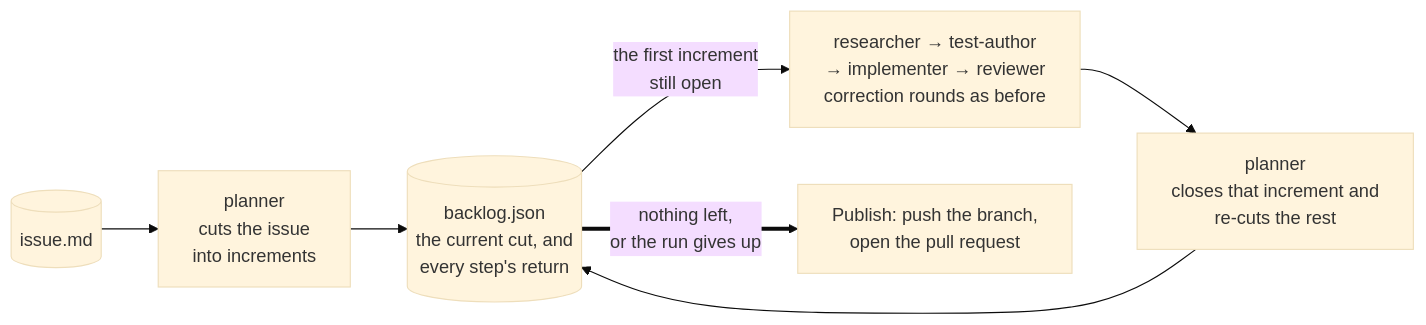
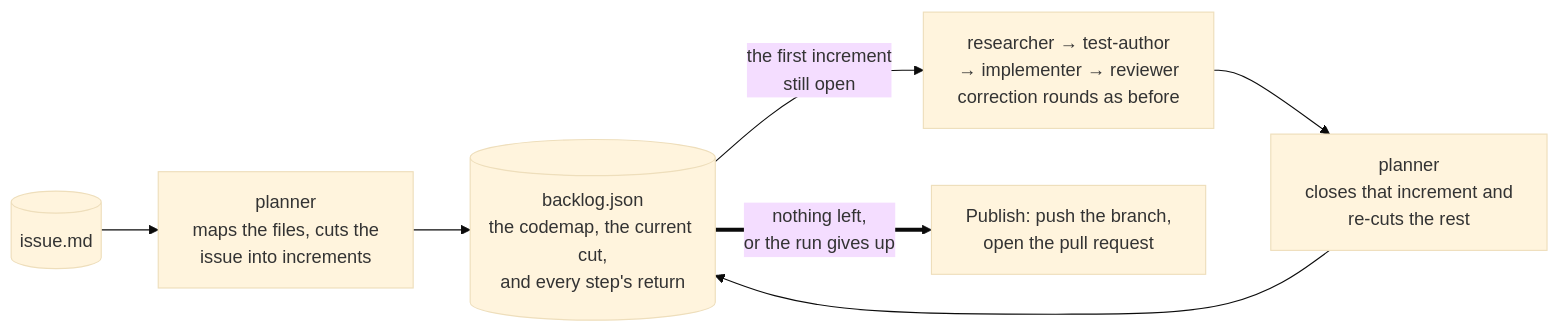
Before and after one commit to artkoenig/athena: the second of 4 diagrams in README.md, drawn with Mermaid (base theme). The commit also changed other lines of this file and 10 other files, not shown here.

First line of the commit message:
One workflow: the planner maps what the issue changes, and cuts (#67)

````diff
--- a/README.md
+++ b/README.md
@@ -113,9 +119,9 @@
 ```mermaid
 flowchart LR
-    ISSUE[("issue.md")] --> PLAN["planner<br/>cuts the issue<br/>into increments"]
-    PLAN --> BACK[("backlog.json<br/>the current cut, and<br/>every step's return")]
+    ISSUE[("issue.md")] --> PLAN["planner<br/>maps the files, cuts the<br/>issue into increments"]
+    PLAN --> BACK[("backlog.json<br/>the codemap, the current cut,<br/>and every step's return")]
     BACK -->|"the first increment<br/>still open"| CHAIN["researcher → test-author<br/>→ implementer → reviewer<br/>correction rounds as before"]
     CHAIN --> REPLAN["planner<br/>closes that increment and<br/>re-cuts the rest"]
     REPLAN --> BACK
     BACK ==>|"nothing left,<br/>or the run gives up"| PUB["Publish: push the branch,<br/>open the pull request"]
 ```
````
